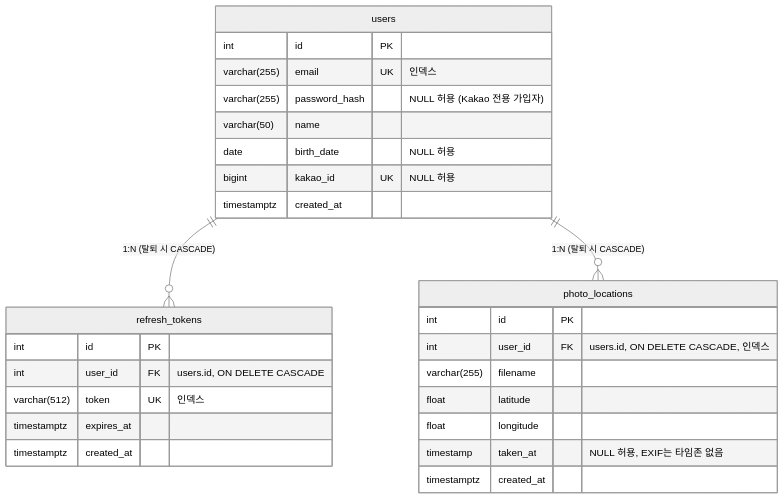
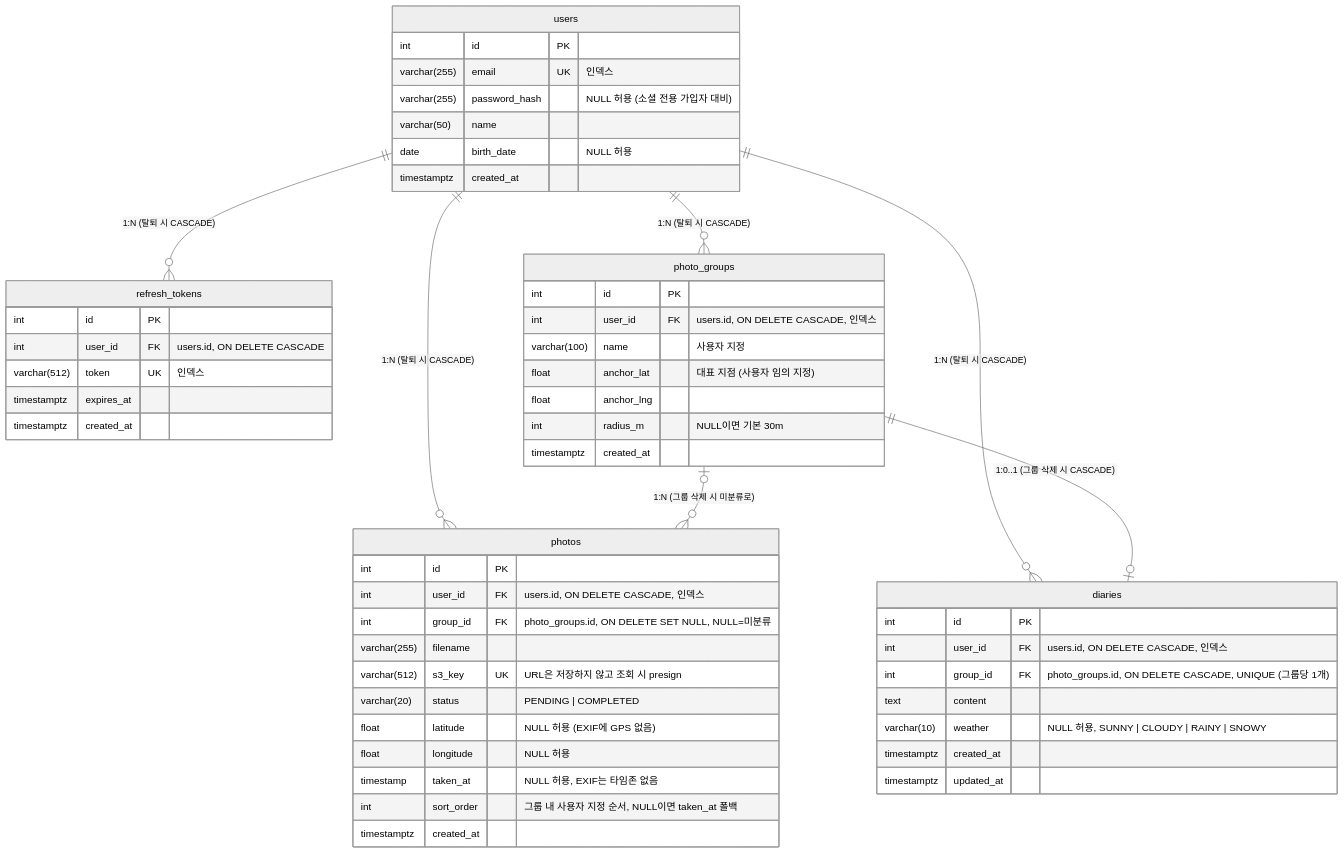
One commit to jihyun132/Travelog changed the diagram in docs/erd.md. Above: the diagram before and after it, drawn with Mermaid (neutral theme). The commit also changed other lines of this file and 44 other files, not shown here.

````diff
--- a/docs/erd.md
+++ b/docs/erd.md
@@ -5,33 +5,60 @@
 ```mermaid
 erDiagram
     users ||--o{ refresh_tokens : "1:N (탈퇴 시 CASCADE)"
-    users ||--o{ photo_locations : "1:N (탈퇴 시 CASCADE)"
+    users ||--o{ photo_groups : "1:N (탈퇴 시 CASCADE)"
+    users ||--o{ photos : "1:N (탈퇴 시 CASCADE)"
+    users ||--o{ diaries : "1:N (탈퇴 시 CASCADE)"
+    photo_groups |o--o{ photos : "1:N (그룹 삭제 시 미분류로)"
+    photo_groups ||--o| diaries : "1:0..1 (그룹 삭제 시 CASCADE)"
 
     users {
         int id PK
         varchar(255) email UK "인덱스"
-        varchar(255) password_hash "NULL 허용 (Kakao 전용 가입자)"
+        varchar(255) password_hash "NULL 허용 (소셜 전용 가입자 대비)"
         varchar(50) name
         date birth_date "NULL 허용"
-        bigint kakao_id UK "NULL 허용"
         timestamptz created_at
     }
 
     refresh_tokens {
         int id PK
         int user_id FK "users.id, ON DELETE CASCADE"
         varchar(512) token UK "인덱스"
         timestamptz expires_at
         timestamptz created_at
     }
 
-    photo_locations {
+    photo_groups {
         int id PK
         int user_id FK "users.id, ON DELETE CASCADE, 인덱스"
-        varchar(255) filename
-        float latitude
-        float longitude
-        timestamp taken_at "NULL 허용, EXIF는 타임존 없음"
+        varchar(100) name "사용자 지정"
+        float anchor_lat "대표 지점 (사용자 임의 지정)"
+        float anchor_lng
+        int radius_m "NULL이면 기본 30m"
         timestamptz created_at
     }
+
+    photos {
+        int id PK
+        int user_id FK "users.id, ON DELETE CASCADE, 인덱스"
+        int group_id FK "photo_groups.id, ON DELETE SET NULL, NULL=미분류"
+        varchar(255) filename
+        varchar(512) s3_key UK "URL은 저장하지 않고 조회 시 presign"
+        varchar(20) status "PENDING | COMPLETED"
+        float latitude "NULL 허용 (EXIF에 GPS 없음)"
+        float longitude "NULL 허용"
+        timestamp taken_at "NULL 허용, EXIF는 타임존 없음"
+        int sort_order "그룹 내 사용자 지정 순서, NULL이면 taken_at 폴백"
+        timestamptz created_at
+    }
+
+    diaries {
+        int id PK
+        int user_id FK "users.id, ON DELETE CASCADE, 인덱스"
+        int group_id FK "photo_groups.id, ON DELETE CASCADE, UNIQUE (그룹당 1개)"
+        text content
+        varchar(10) weather "NULL 허용, SUNNY | CLOUDY | RAINY | SNOWY"
+        timestamptz created_at
+        timestamptz updated_at
+    }
 ```
````
